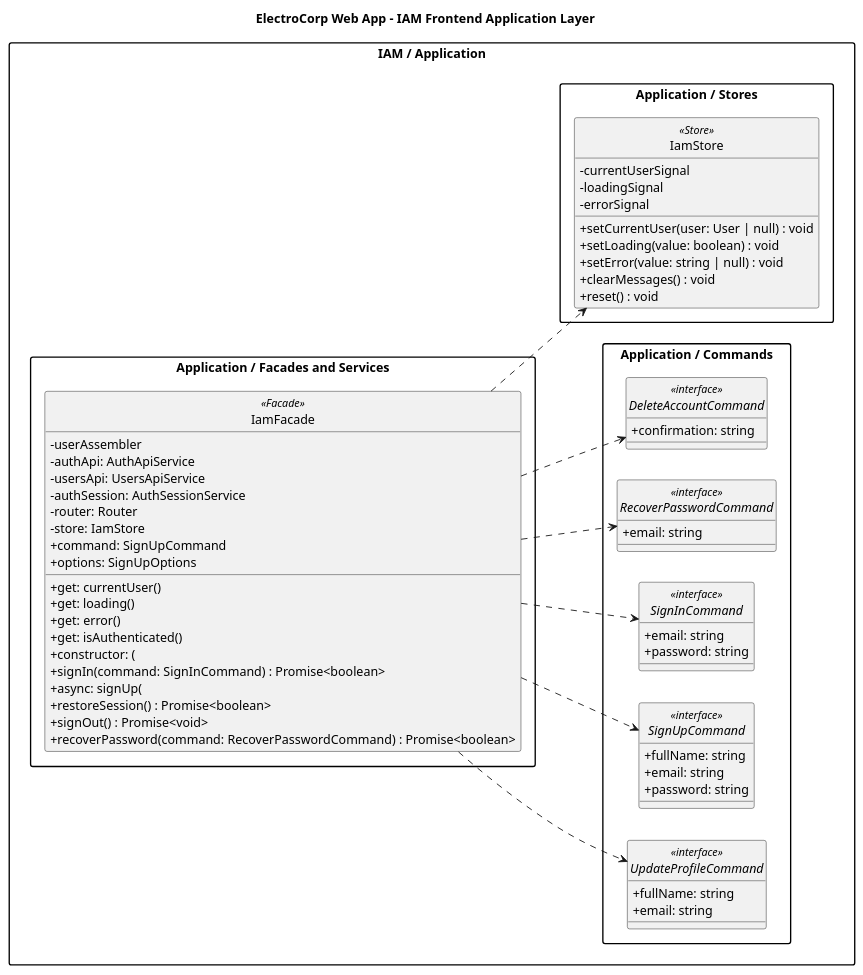
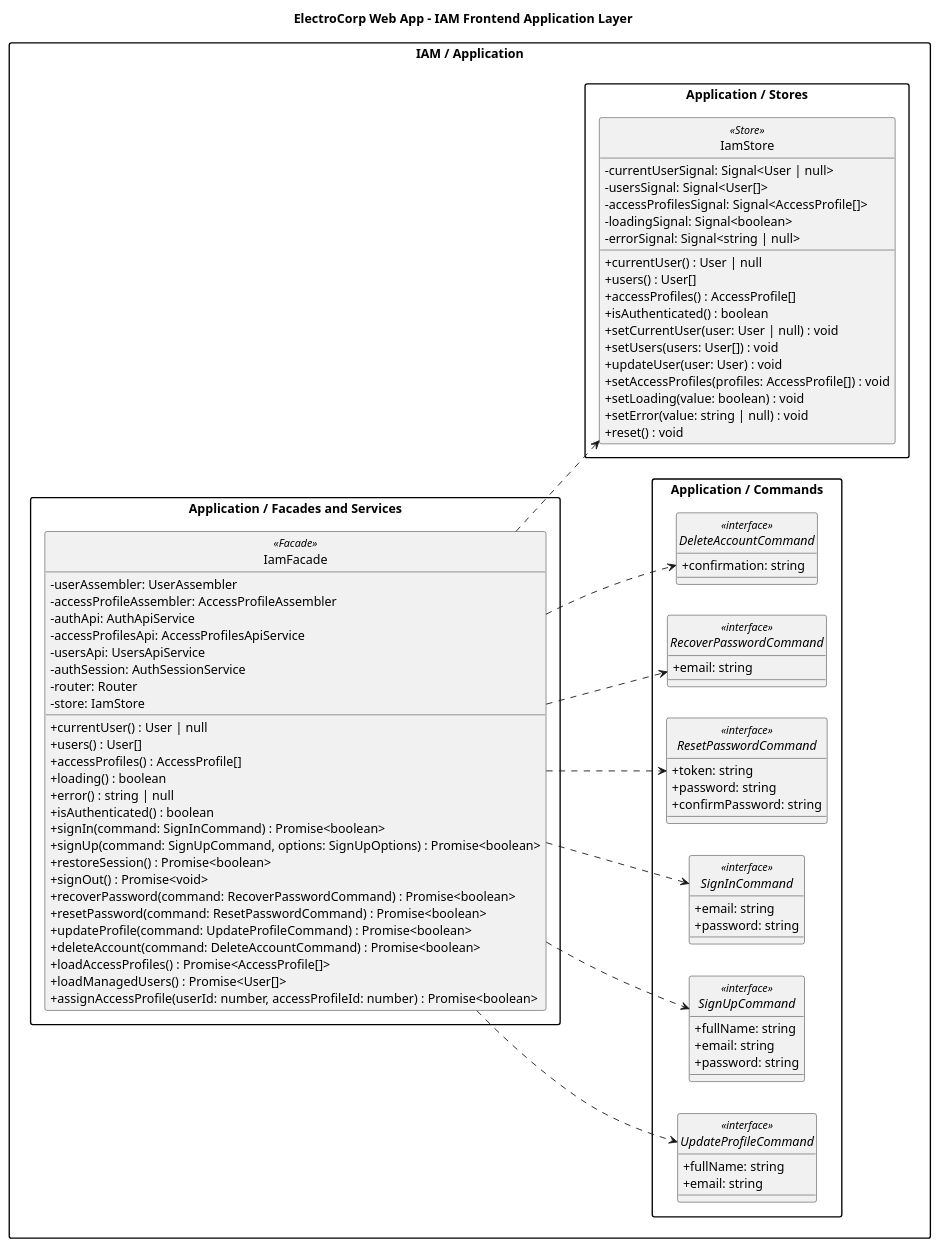
Before and after one commit to upc-pre-202610-1asi0729-11896-ecorp/electrocorp-report: the diagram in docs/diagrams/class/frontend/layers/iam/frontend-iam-application-class-diagram.puml, drawn with PlantUML. The commit also changed 34 other files, not shown here.

Commit message:
docs: update final architecture diagrams

```diff
--- a/docs/diagrams/class/frontend/layers/iam/frontend-iam-application-class-diagram.puml
+++ b/docs/diagrams/class/frontend/layers/iam/frontend-iam-application-class-diagram.puml
@@ -1,75 +1,95 @@
 @startuml
 title ElectroCorp Web App - IAM Frontend Application Layer
 left to right direction
 skinparam packageStyle rectangle
 skinparam shadowing false
 skinparam classAttributeIconSize 0
 hide circle
 
 package "IAM / Application" {
   package "Application / Commands" {
     interface "DeleteAccountCommand" as Frontend_iam_DeleteAccountCommand <<interface>> {
       + confirmation: string
     }
     interface "RecoverPasswordCommand" as Frontend_iam_RecoverPasswordCommand <<interface>> {
       + email: string
+    }
+    interface "ResetPasswordCommand" as Frontend_iam_ResetPasswordCommand <<interface>> {
+      + token: string
+      + password: string
+      + confirmPassword: string
     }
     interface "SignInCommand" as Frontend_iam_SignInCommand <<interface>> {
       + email: string
       + password: string
     }
     interface "SignUpCommand" as Frontend_iam_SignUpCommand <<interface>> {
       + fullName: string
       + email: string
       + password: string
     }
     interface "UpdateProfileCommand" as Frontend_iam_UpdateProfileCommand <<interface>> {
       + fullName: string
       + email: string
     }
   }
   package "Application / Facades and Services" {
     class "IamFacade" as Frontend_iam_IamFacade <<Facade>> {
-      - userAssembler
-      + get: currentUser()
-      + get: loading()
-      + get: error()
-      + get: isAuthenticated()
-      + constructor: (
+      - userAssembler: UserAssembler
+      - accessProfileAssembler: AccessProfileAssembler
       - authApi: AuthApiService
+      - accessProfilesApi: AccessProfilesApiService
       - usersApi: UsersApiService
       - authSession: AuthSessionService
       - router: Router
       - store: IamStore
+      + currentUser() : User | null
+      + users() : User[]
+      + accessProfiles() : AccessProfile[]
+      + loading() : boolean
+      + error() : string | null
+      + isAuthenticated() : boolean
       + signIn(command: SignInCommand) : Promise<boolean>
-      + async: signUp(
-      + command: SignUpCommand
-      + options: SignUpOptions
+      + signUp(command: SignUpCommand, options: SignUpOptions) : Promise<boolean>
       + restoreSession() : Promise<boolean>
       + signOut() : Promise<void>
       + recoverPassword(command: RecoverPasswordCommand) : Promise<boolean>
+      + resetPassword(command: ResetPasswordCommand) : Promise<boolean>
+      + updateProfile(command: UpdateProfileCommand) : Promise<boolean>
+      + deleteAccount(command: DeleteAccountCommand) : Promise<boolean>
+      + loadAccessProfiles() : Promise<AccessProfile[]>
+      + loadManagedUsers() : Promise<User[]>
+      + assignAccessProfile(userId: number, accessProfileId: number) : Promise<boolean>
     }
   }
   package "Application / Stores" {
     class "IamStore" as Frontend_iam_IamStore <<Store>> {
-      - currentUserSignal
-      - loadingSignal
-      - errorSignal
+      - currentUserSignal: Signal<User | null>
+      - usersSignal: Signal<User[]>
+      - accessProfilesSignal: Signal<AccessProfile[]>
+      - loadingSignal: Signal<boolean>
+      - errorSignal: Signal<string | null>
+      + currentUser() : User | null
+      + users() : User[]
+      + accessProfiles() : AccessProfile[]
+      + isAuthenticated() : boolean
       + setCurrentUser(user: User | null) : void
+      + setUsers(users: User[]) : void
+      + updateUser(user: User) : void
+      + setAccessProfiles(profiles: AccessProfile[]) : void
       + setLoading(value: boolean) : void
       + setError(value: string | null) : void
-      + clearMessages() : void
       + reset() : void
     }
   }
 }
 
+Frontend_iam_IamFacade ..> Frontend_iam_IamStore
 Frontend_iam_IamFacade ..> Frontend_iam_DeleteAccountCommand
-Frontend_iam_IamFacade ..> Frontend_iam_IamStore
 Frontend_iam_IamFacade ..> Frontend_iam_RecoverPasswordCommand
+Frontend_iam_IamFacade ..> Frontend_iam_ResetPasswordCommand
 Frontend_iam_IamFacade ..> Frontend_iam_SignInCommand
 Frontend_iam_IamFacade ..> Frontend_iam_SignUpCommand
 Frontend_iam_IamFacade ..> Frontend_iam_UpdateProfileCommand
 
-
 @enduml
```
